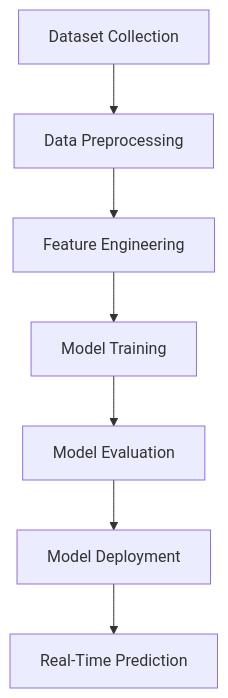
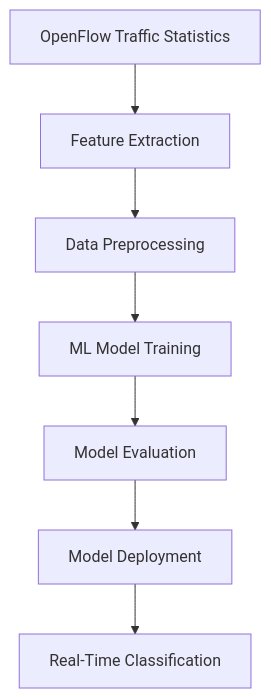
The diagram in README.md (Kidus-kida/Traffic-classifier-SDN), drawn with Mermaid before and after one commit. The commit also changed other lines of this file, not shown here.

````diff
--- a/README.md
+++ b/README.md
@@ -137,24 +250,24 @@
 ```mermaid
 flowchart TD
 
-A[Dataset Collection]
+A[OpenFlow Traffic Statistics]
 
-B[Data Preprocessing]
+B[Feature Extraction]
 
-C[Feature Engineering]
+C[Data Preprocessing]
 
-D[Model Training]
+D[ML Model Training]
 
 E[Model Evaluation]
 
 F[Model Deployment]
 
-G[Real-Time Prediction]
+G[Real-Time Classification]
 
 A --> B
 B --> C
 C --> D
 D --> E
 E --> F
 F --> G
 ```
````
